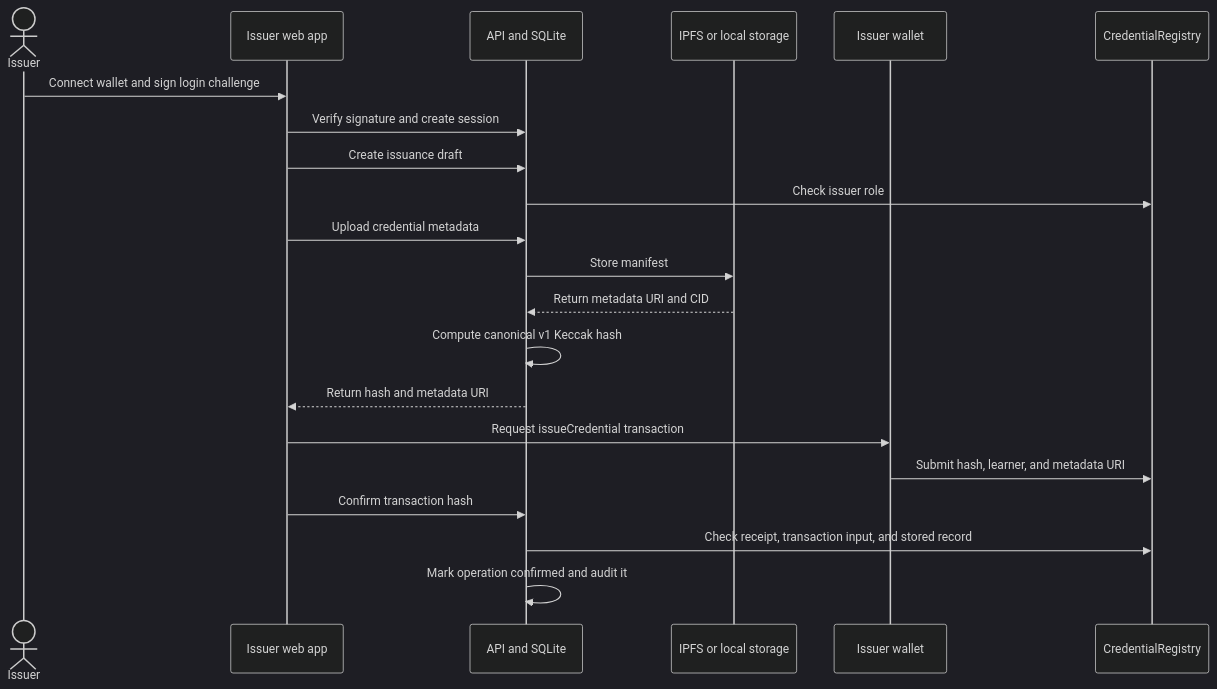
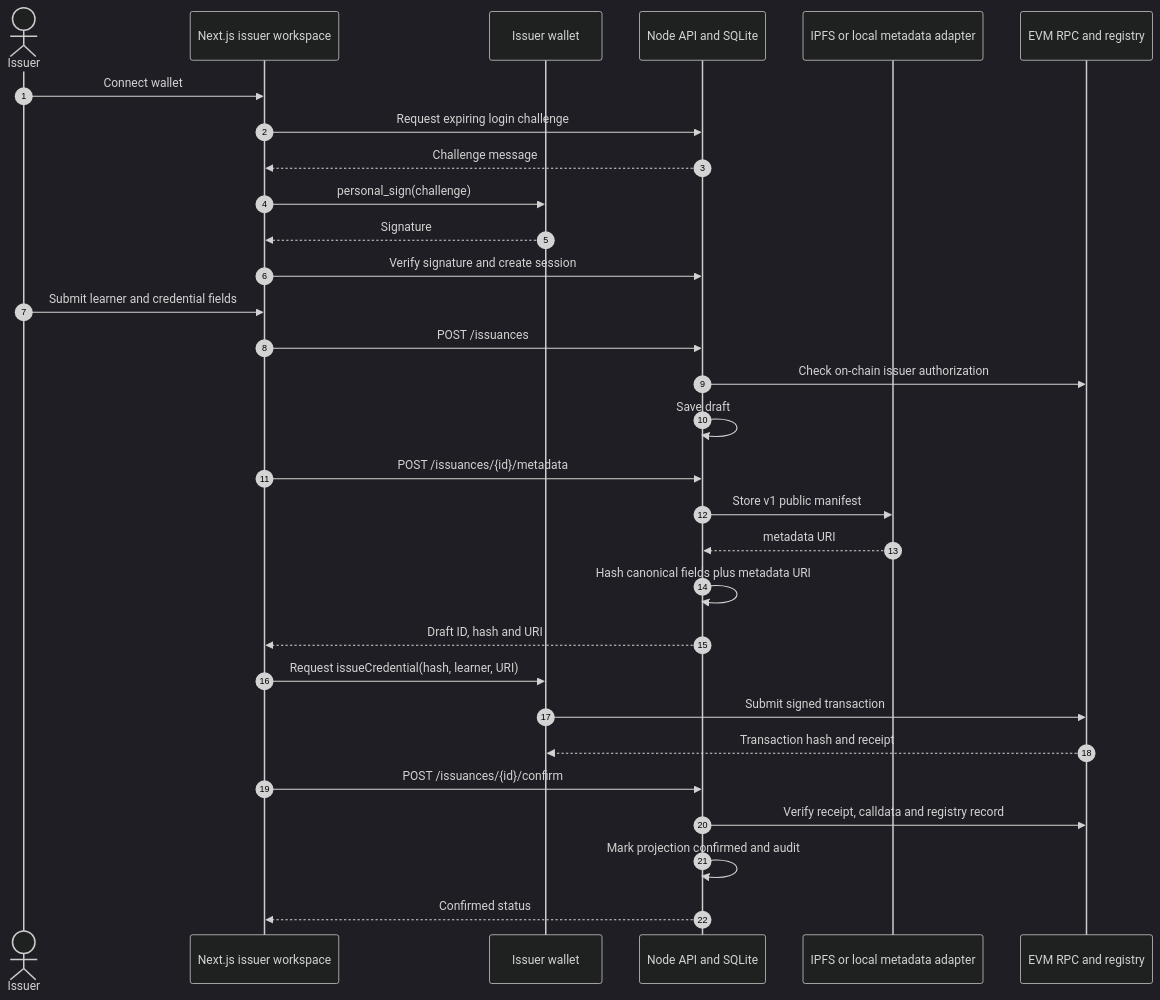
Before and after one commit to vishnunathasuresh/credora: the second of 3 diagrams in presentation/content.md, drawn with Mermaid (dark theme). The commit also changed other lines of this file and 8 other files, not shown here.

Commit message:
docs: add implementation-grounded Mermaid architecture diagrams

````diff
--- a/presentation/content.md
+++ b/presentation/content.md
@@ -143,24 +151,33 @@
 ```mermaid
 sequenceDiagram
+  autonumber
   actor Issuer
-  participant Web as Issuer web app
-  participant API as API and SQLite
-  participant Store as IPFS or local storage
+  participant Web as Next.js issuer workspace
   participant Wallet as Issuer wallet
-  participant Chain as CredentialRegistry
+  participant API as Node API and SQLite
+  participant Store as IPFS or local metadata adapter
+  participant RPC as EVM RPC and registry
 
-  Issuer->>Web: Connect wallet and sign login challenge
+  Issuer->>Web: Connect wallet
+  Web->>API: Request expiring login challenge
+  API-->>Web: Challenge message
+  Web->>Wallet: personal_sign(challenge)
+  Wallet-->>Web: Signature
   Web->>API: Verify signature and create session
-  Web->>API: Create issuance draft
-  API->>Chain: Check issuer role
-  Web->>API: Upload credential metadata
-  API->>Store: Store manifest
-  Store-->>API: Return metadata URI and CID
-  API->>API: Compute canonical v1 Keccak hash
-  API-->>Web: Return hash and metadata URI
-  Web->>Wallet: Request issueCredential transaction
-  Wallet->>Chain: Submit hash, learner, and metadata URI
-  Web->>API: Confirm transaction hash
-  API->>Chain: Check receipt, transaction input, and stored record
-  API->>API: Mark operation confirmed and audit it
+  Issuer->>Web: Submit learner and credential fields
+  Web->>API: POST /issuances
+  API->>RPC: Check on-chain issuer authorization
+  API->>API: Save draft
+  Web->>API: POST /issuances/{id}/metadata
+  API->>Store: Store v1 public manifest
+  Store-->>API: metadata URI
+  API->>API: Hash canonical fields plus metadata URI
+  API-->>Web: Draft ID, hash and URI
+  Web->>Wallet: Request issueCredential(hash, learner, URI)
+  Wallet->>RPC: Submit signed transaction
+  RPC-->>Wallet: Transaction hash and receipt
+  Web->>API: POST /issuances/{id}/confirm
+  API->>RPC: Verify receipt, calldata and registry record
+  API->>API: Mark projection confirmed and audit
+  API-->>Web: Confirmed status
 ```
````
